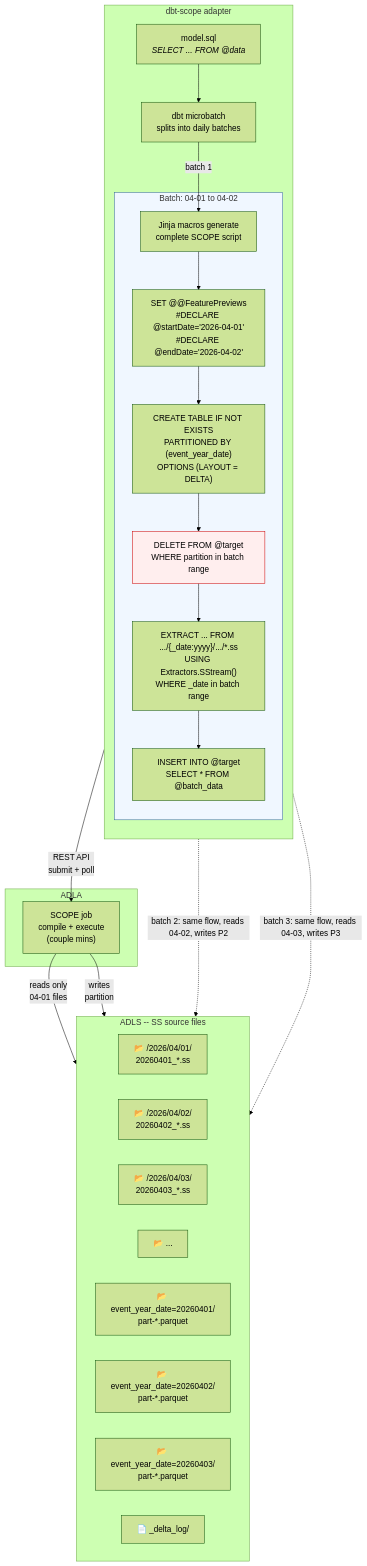
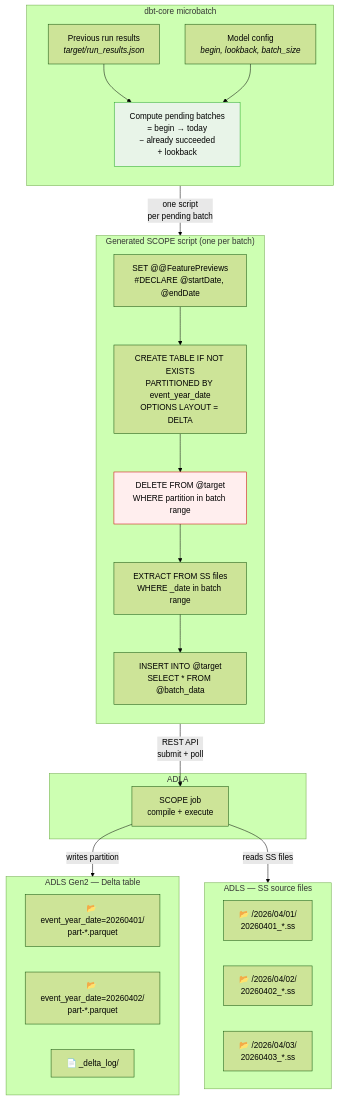
Before and after one commit to microsoft/dbt-scope: the first of 2 diagrams in README.md, drawn with Mermaid (forest theme). The commit also changed other lines of this file and 14 other files, not shown here.

Commit message:
Multiple scope configs and sqlglot support for filter injection - only test_filtered_full_refresh_only_standard_rows fails

````diff
--- a/README.md
+++ b/README.md
@@ -25,51 +41,47 @@
 ```mermaid
 flowchart TB
-    subgraph ADLS["ADLS -- SS source files"]
+    subgraph Sources["ADLS — SS source files"]
         direction LR
         SS1["📂 /2026/04/01/<br/>20260401_*.ss"]
         SS2["📂 /2026/04/02/<br/>20260402_*.ss"]
         SS3["📂 /2026/04/03/<br/>20260403_*.ss"]
-        SSN["📂 ..."]
     end
 
-    subgraph DBT["dbt-scope adapter"]
+    subgraph dbt["dbt-core microbatch"]
         direction TB
-        Model["model.sql<br/><i>SELECT ... FROM @data</i>"]
-        Micro["dbt microbatch<br/>splits into daily batches"]
-        Model --> Micro
+        Artifacts["Previous run results<br/><i>target/run_results.json</i>"]
+        Config["Model config<br/><i>begin, lookback, batch_size</i>"]
+        BatchCalc["Compute pending batches<br/>= begin → today<br/>− already succeeded<br/>+ lookback"]
+        Artifacts --> BatchCalc
+        Config --> BatchCalc
+    end
 
-        subgraph Batch1["Batch: 04-01 to 04-02"]
-            Gen1["Jinja macros generate<br/>complete SCOPE script"]
-            S1["SET @@FeaturePreviews<br/>#DECLARE @startDate='2026-04-01'<br/>#DECLARE @endDate='2026-04-02'"]
-            DDL1["CREATE TABLE IF NOT EXISTS<br/>PARTITIONED BY (event_year_date)<br/>OPTIONS (LAYOUT = DELTA)"]
-            DEL1["DELETE FROM @target<br/>WHERE partition in batch range"]
-            EXT1["EXTRACT ... FROM .../{_date:yyyy}/.../*.ss<br/>USING Extractors.SStream()<br/>WHERE _date in batch range"]
-            INS1["INSERT INTO @target<br/>SELECT * FROM @batch_data"]
-            Gen1 --> S1 --> DDL1 --> DEL1 --> EXT1 --> INS1
-        end
-
-        Micro -- "batch 1" --> Gen1
+    subgraph Batch["Generated SCOPE script (one per batch)"]
+        direction TB
+        S1["SET @@FeaturePreviews<br/>#DECLARE @startDate, @endDate"]
+        DDL["CREATE TABLE IF NOT EXISTS<br/>PARTITIONED BY event_year_date<br/>OPTIONS LAYOUT = DELTA"]
+        DEL["DELETE FROM @target<br/>WHERE partition in batch range"]
+        EXT["EXTRACT FROM SS files<br/>WHERE _date in batch range"]
+        INS["INSERT INTO @target<br/>SELECT * FROM @batch_data"]
+        S1 --> DDL --> DEL --> EXT --> INS
     end
 
     subgraph ADLA["ADLA"]
-        Job1["SCOPE job<br/>compile + execute<br/>(couple mins)"]
+        Job["SCOPE job<br/>compile + execute"]
     end
 
-    subgraph ADLS["ADLS Gen2 -- Delta table"]
+    subgraph Target["ADLS Gen2 — Delta table"]
         direction LR
         P1["📂 event_year_date=20260401/<br/>part-*.parquet"]
         P2["📂 event_year_date=20260402/<br/>part-*.parquet"]
-        P3["📂 event_year_date=20260403/<br/>part-*.parquet"]
         DL["📄 _delta_log/"]
     end
 
-    INS1 -- "REST API<br/>submit + poll" --> Job1
-    Job1 -- "reads only<br/>04-01 files" --> SS1
-    Job1 -- "writes<br/>partition" --> P1
+    BatchCalc -- "one script<br/>per pending batch" --> Batch
+    INS -- "REST API<br/>submit + poll" --> Job
+    Job -- "reads SS files" --> SS1
+    Job -- "writes partition" --> P1
 
-    Micro -. "batch 2: same flow, reads 04-02, writes P2" .-> SS2
-    Micro -. "batch 3: same flow, reads 04-03, writes P3" .-> SS3
-
-    style DEL1 fill:#fee,stroke:#c00
-    style Batch1 fill:#f0f7ff,stroke:#369
+    style DEL fill:#fee,stroke:#c00
+    style BatchCalc fill:#e8f4e8,stroke:#2a2
 ```
````
